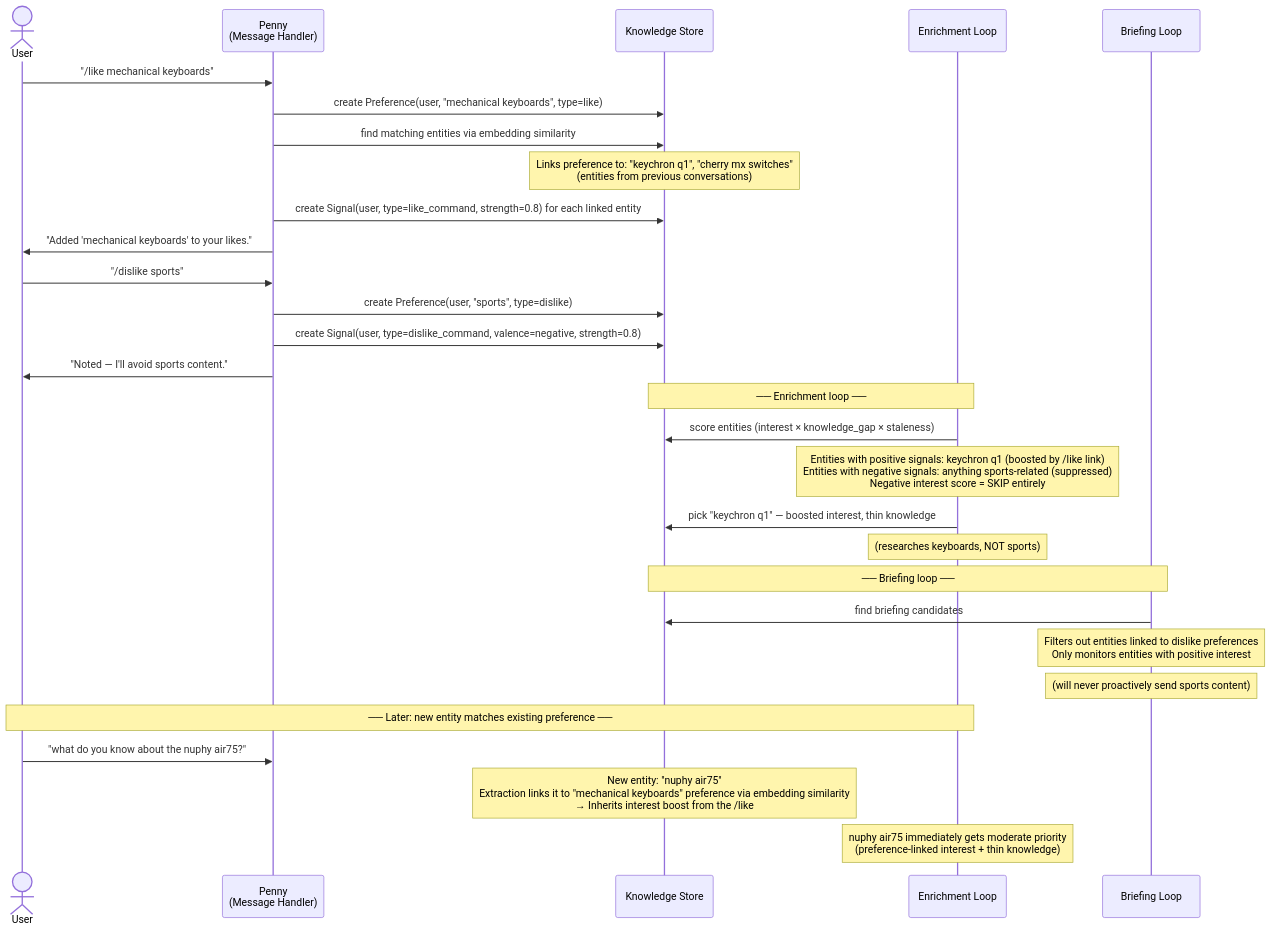
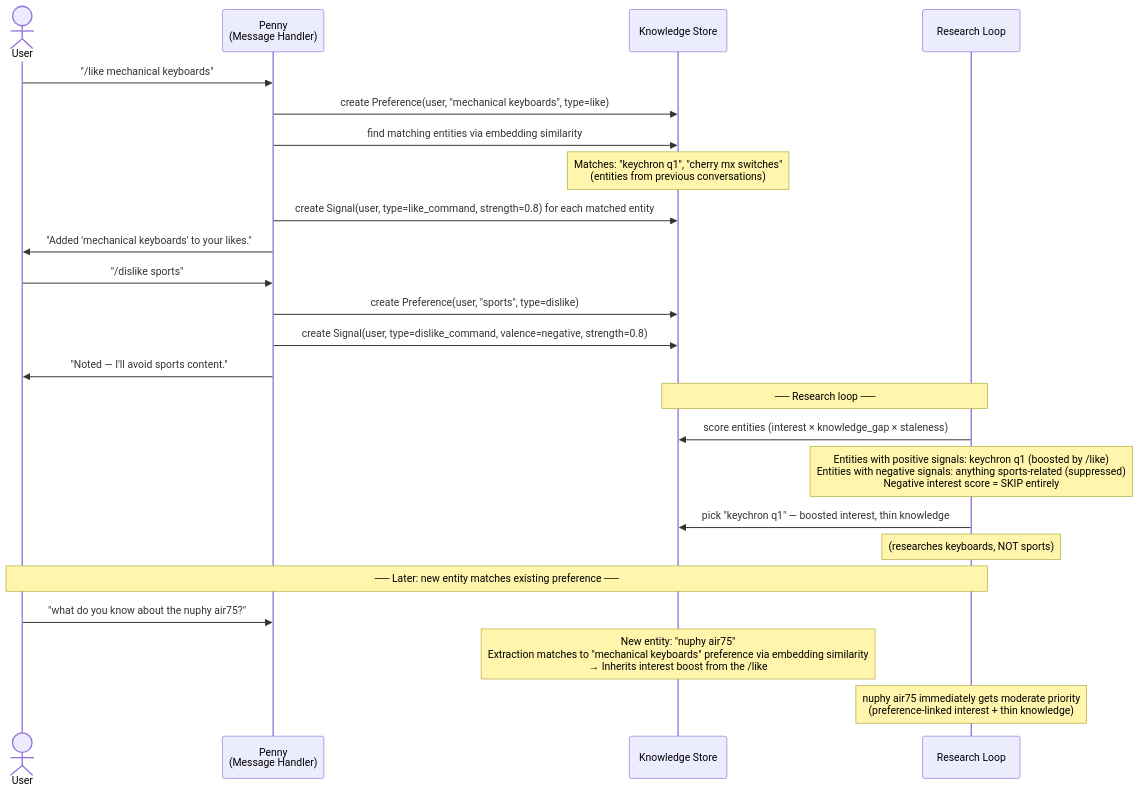
The fifth of 6 diagrams in docs/knowledge-system-flows.md (jaredlockhart/penny), drawn with Mermaid before and after one commit. The commit also changed other lines of this file and 1 other file, not shown here.

First line of the commit message:
docs: update knowledge system plan and flows for review findings

````diff
--- a/docs/knowledge-system-flows.md
+++ b/docs/knowledge-system-flows.md
@@ -268,39 +280,32 @@
 ```mermaid
 sequenceDiagram
     actor User
     participant Penny as Penny<br/>(Message Handler)
     participant DB as Knowledge Store
-    participant Enrich as Enrichment Loop
-    participant Brief as Briefing Loop
+    participant Research as Research Loop
 
     User->>Penny: "/like mechanical keyboards"
     Penny->>DB: create Preference(user, "mechanical keyboards", type=like)
     Penny->>DB: find matching entities via embedding similarity
-    Note over DB: Links preference to: "keychron q1", "cherry mx switches"<br/>(entities from previous conversations)
-    Penny->>DB: create Signal(user, type=like_command, strength=0.8) for each linked entity
+    Note over DB: Matches: "keychron q1", "cherry mx switches"<br/>(entities from previous conversations)
+    Penny->>DB: create Signal(user, type=like_command, strength=0.8) for each matched entity
     Penny->>User: "Added 'mechanical keyboards' to your likes."
 
     User->>Penny: "/dislike sports"
     Penny->>DB: create Preference(user, "sports", type=dislike)
     Penny->>DB: create Signal(user, type=dislike_command, valence=negative, strength=0.8)
     Penny->>User: "Noted — I'll avoid sports content."
 
-    Note over Enrich,DB: ── Enrichment loop ──
+    Note over Research,DB: ── Research loop ──
 
-    Enrich->>DB: score entities (interest × knowledge_gap × staleness)
-    Note over Enrich: Entities with positive signals: keychron q1 (boosted by /like link)<br/>Entities with negative signals: anything sports-related (suppressed)<br/>Negative interest score = SKIP entirely
-    Enrich->>DB: pick "keychron q1" — boosted interest, thin knowledge
-    Note over Enrich: (researches keyboards, NOT sports)
+    Research->>DB: score entities (interest × knowledge_gap × staleness)
+    Note over Research: Entities with positive signals: keychron q1 (boosted by /like)<br/>Entities with negative signals: anything sports-related (suppressed)<br/>Negative interest score = SKIP entirely
+    Research->>DB: pick "keychron q1" — boosted interest, thin knowledge
+    Note over Research: (researches keyboards, NOT sports)
 
-    Note over Brief,DB: ── Briefing loop ──
-
-    Brief->>DB: find briefing candidates
-    Note over Brief: Filters out entities linked to dislike preferences<br/>Only monitors entities with positive interest
-    Note over Brief: (will never proactively send sports content)
-
-    Note over User,Enrich: ── Later: new entity matches existing preference ──
+    Note over User,Research: ── Later: new entity matches existing preference ──
 
     User->>Penny: "what do you know about the nuphy air75?"
-    Note over DB: New entity: "nuphy air75"<br/>Extraction links it to "mechanical keyboards" preference via embedding similarity<br/>→ Inherits interest boost from the /like
-    Note over Enrich: nuphy air75 immediately gets moderate priority<br/>(preference-linked interest + thin knowledge)
+    Note over DB: New entity: "nuphy air75"<br/>Extraction matches to "mechanical keyboards" preference via embedding similarity<br/>→ Inherits interest boost from the /like
+    Note over Research: nuphy air75 immediately gets moderate priority<br/>(preference-linked interest + thin knowledge)
 ```
````
